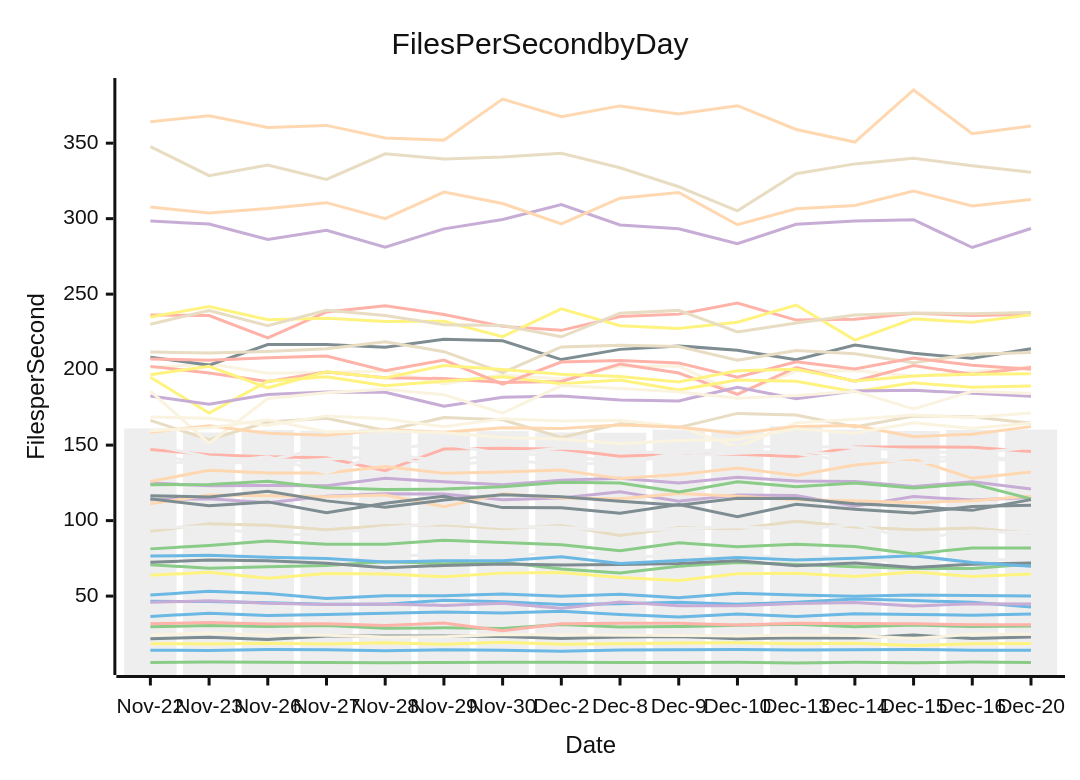
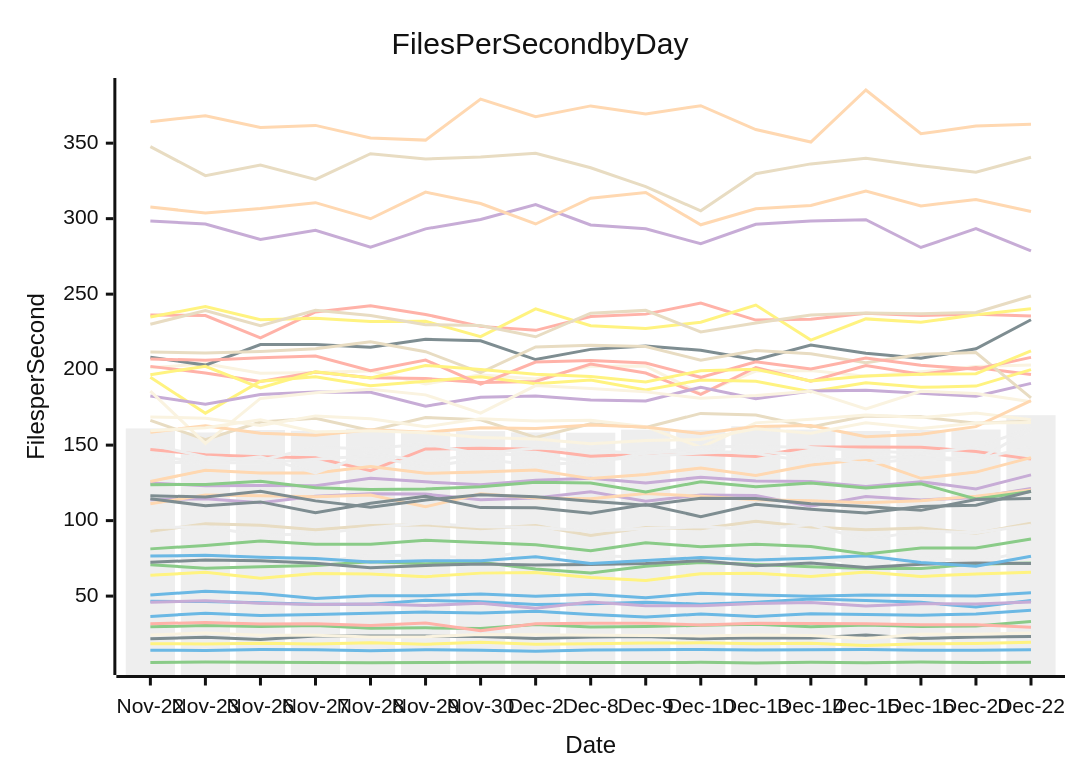
The diagram in perf-report.md (streetsidesoftware/cspell), drawn with Mermaid (neutral theme) before and after one commit. The commit also changed other lines of this file and 1 other file, not shown here.

````diff
--- a/perf-report.md
+++ b/perf-report.md
@@ -10,57 +10,57 @@
 ```mermaid
 xychart-beta
     title Files Per Second by Day
     y-axis Files per Second
-    x-axis Date [Nov-22, Nov-23, Nov-26, Nov-27, Nov-28, Nov-29, Nov-30, Dec-2, Dec-8, Dec-9, Dec-10, Dec-13, Dec-14, Dec-15, Dec-16, Dec-20]
-    bar [161.07, 158.38, 160.01, 159.51, 160.85, 158.58, 159.25, 158.41, 158.24, 160.26, 160.13, 162.46, 160.30, 159.32, 159.99, 160.32]
-    line [14.18, 13.95, 14.61, 14.49, 13.79, 14.45, 14.21, 13.55, 14.37, 14.53, 14.61, 14.25, 14.42, 14.66, 14.20, 14.14]
-    line [6.00, 6.29, 6.16, 6.03, 5.90, 6.01, 6.16, 6.12, 6.00, 6.03, 6.11, 5.69, 6.12, 5.85, 6.27, 5.94]
-    line [124.88, 123.12, 123.27, 123.12, 128.04, 125.68, 123.73, 126.68, 128.02, 124.91, 128.75, 126.25, 125.99, 122.54, 125.77, 120.95]
-    line [347.69, 328.52, 335.50, 325.97, 342.99, 339.55, 340.91, 343.35, 333.69, 321.17, 305.21, 329.78, 336.28, 339.96, 335.03, 330.81]
-    line [147.16, 143.68, 142.26, 141.63, 133.10, 147.45, 147.90, 147.19, 142.70, 144.08, 143.97, 142.44, 148.72, 148.74, 148.66, 145.81]
-    line [63.78, 65.76, 61.80, 64.96, 64.67, 62.90, 65.22, 65.65, 62.39, 60.36, 64.84, 65.11, 62.93, 65.98, 63.02, 64.70]
-    line [21.70, 22.82, 21.29, 23.51, 23.57, 23.50, 23.32, 21.90, 22.93, 23.26, 21.71, 22.48, 22.26, 24.16, 21.86, 22.99]
-    line [125.92, 133.37, 131.47, 131.60, 135.88, 131.34, 132.15, 133.58, 127.82, 130.48, 134.87, 129.94, 136.83, 140.59, 128.00, 132.13]
-    line [24.23, 25.56, 24.09, 24.00, 22.97, 23.09, 24.60, 24.46, 23.99, 23.97, 23.56, 24.27, 23.97, 21.89, 24.77, 24.75]
-    line [75.92, 76.91, 75.07, 72.02, 77.23, 76.76, 75.06, 80.27, 76.65, 75.94, 76.12, 76.57, 75.62, 71.86, 75.70, 72.52]
-    line [50.67, 53.20, 51.79, 48.42, 50.26, 50.21, 51.36, 49.95, 51.18, 48.94, 51.93, 50.78, 49.91, 50.66, 50.34, 50.02]
-    line [70.73, 68.53, 69.45, 70.29, 72.76, 71.50, 72.49, 68.01, 65.32, 69.78, 72.32, 70.99, 69.49, 68.20, 68.29, 71.18]
-    line [113.80, 114.46, 111.80, 116.19, 117.82, 117.56, 113.82, 115.04, 119.17, 112.82, 116.99, 116.61, 109.61, 115.93, 113.66, 115.36]
-    line [92.88, 97.96, 96.91, 93.91, 96.71, 97.20, 94.57, 96.80, 90.09, 95.39, 94.62, 99.56, 95.79, 93.99, 95.03, 91.66]
-    line [236.13, 235.78, 220.97, 238.24, 242.33, 236.55, 228.65, 226.03, 235.13, 236.77, 244.11, 232.83, 233.41, 237.39, 235.87, 236.73]
-    line [18.52, 18.27, 18.83, 18.32, 19.02, 18.13, 19.36, 18.09, 18.49, 18.92, 19.04, 18.41, 18.71, 17.35, 18.44, 18.66]
-    line [72.41, 73.90, 73.49, 71.80, 68.80, 70.33, 71.28, 70.66, 70.99, 71.64, 73.38, 70.10, 71.99, 68.96, 71.11, 72.00]
-    line [111.11, 117.00, 116.48, 115.76, 116.91, 109.21, 117.71, 115.04, 114.43, 117.93, 116.17, 113.85, 113.19, 111.86, 113.23, 116.22]
-    line [201.26, 203.88, 197.62, 198.09, 199.18, 190.53, 196.53, 193.86, 202.32, 202.37, 184.12, 199.02, 199.50, 195.58, 198.56, 202.04]
-    line [95.37, 95.97, 90.32, 91.22, 95.22, 98.38, 95.87, 95.57, 93.03, 94.71, 95.93, 94.05, 97.42, 87.40, 93.20, 92.02]
-    line [76.58, 77.00, 75.69, 74.97, 72.54, 73.38, 73.35, 76.02, 71.59, 73.55, 75.54, 73.95, 75.07, 76.77, 72.26, 69.84]
-    line [29.67, 30.46, 29.86, 30.48, 28.76, 28.98, 28.47, 31.13, 29.50, 29.81, 30.70, 31.34, 29.78, 30.86, 29.89, 30.20]
-    line [298.41, 296.48, 286.19, 292.24, 281.16, 293.25, 299.40, 309.39, 295.84, 293.27, 283.38, 296.25, 298.40, 299.27, 280.90, 293.45]
-    line [166.41, 153.59, 165.34, 167.76, 159.74, 168.29, 166.84, 155.06, 164.08, 161.66, 171.02, 169.99, 161.97, 169.28, 168.79, 164.45]
-    line [202.16, 197.78, 192.08, 198.49, 194.68, 194.09, 191.43, 192.21, 203.69, 197.75, 183.65, 201.42, 192.31, 202.71, 196.90, 201.49]
-    line [194.96, 171.19, 192.32, 195.34, 189.35, 192.30, 195.25, 190.71, 193.15, 186.55, 193.19, 192.23, 185.43, 191.26, 188.26, 189.10]
-    line [208.25, 203.01, 216.67, 216.64, 214.89, 220.14, 219.09, 206.67, 213.42, 215.72, 212.77, 206.57, 216.35, 210.81, 207.51, 213.81]
-    line [307.69, 303.77, 306.69, 310.59, 299.95, 317.57, 310.02, 296.47, 313.58, 317.30, 295.96, 306.54, 308.67, 318.29, 308.47, 312.68]
-    line [168.69, 167.81, 163.00, 169.37, 167.40, 162.13, 167.55, 165.94, 166.49, 162.27, 148.64, 164.74, 167.10, 169.90, 168.25, 171.20]
-    line [150.38, 142.14, 139.88, 148.61, 147.55, 150.86, 144.17, 148.12, 146.38, 144.41, 148.76, 149.26, 148.44, 146.25, 144.57, 148.51]
-    line [36.55, 38.70, 37.18, 37.74, 38.63, 39.45, 38.80, 39.93, 37.87, 36.13, 38.10, 36.47, 38.38, 37.81, 37.32, 38.13]
-    line [123.77, 123.92, 126.14, 121.82, 120.62, 120.89, 122.51, 125.41, 124.96, 118.90, 125.77, 122.50, 124.97, 121.63, 124.44, 114.40]
-    line [182.60, 177.02, 183.57, 185.12, 185.03, 175.76, 181.77, 182.47, 179.95, 179.31, 188.38, 180.77, 185.77, 186.35, 184.33, 182.33]
-    line [211.74, 210.99, 212.04, 213.89, 218.50, 211.90, 198.01, 215.07, 216.21, 215.29, 206.31, 212.61, 210.51, 204.56, 210.18, 211.34]
-    line [207.11, 206.14, 207.83, 208.99, 199.30, 206.34, 190.41, 205.06, 206.03, 204.37, 194.91, 205.14, 200.36, 207.64, 202.85, 200.31]
-    line [234.88, 241.77, 233.01, 234.04, 231.90, 232.03, 221.81, 240.23, 229.14, 227.27, 231.37, 242.80, 219.56, 233.62, 231.32, 236.32]
-    line [114.47, 109.88, 112.40, 105.21, 111.47, 116.12, 108.62, 108.44, 104.81, 110.68, 102.65, 110.81, 107.51, 105.11, 109.29, 110.23]
-    line [364.19, 368.22, 360.42, 361.78, 353.39, 352.03, 379.23, 367.49, 374.69, 369.34, 374.83, 359.05, 350.76, 385.22, 356.23, 361.41]
-    line [185.79, 151.12, 180.91, 184.73, 187.07, 183.30, 171.17, 189.43, 187.46, 185.27, 181.05, 182.93, 185.74, 173.94, 185.68, 184.19]
-    line [138.55, 138.37, 142.22, 131.52, 144.79, 139.07, 144.20, 143.55, 138.09, 144.82, 146.07, 144.49, 139.02, 141.78, 142.36, 140.50]
-    line [46.58, 46.39, 45.62, 44.62, 44.61, 47.22, 46.33, 44.42, 44.87, 45.90, 44.67, 46.00, 48.05, 47.07, 45.85, 42.75]
-    line [81.28, 83.53, 86.46, 84.38, 84.35, 87.05, 85.49, 84.05, 80.02, 85.30, 82.71, 84.32, 82.91, 77.95, 81.87, 81.89]
-    line [45.87, 46.91, 45.25, 44.50, 44.73, 43.85, 45.20, 42.00, 46.02, 43.67, 43.68, 45.02, 45.75, 43.43, 44.94, 44.85]
-    line [230.05, 239.20, 229.08, 239.26, 235.89, 229.81, 229.18, 221.75, 237.38, 239.25, 224.99, 230.85, 236.16, 237.46, 237.06, 237.81]
-    line [31.75, 32.47, 31.60, 31.68, 30.55, 32.17, 27.01, 31.76, 31.99, 31.99, 30.84, 32.08, 31.89, 31.67, 31.01, 31.00]
-    line [196.64, 202.22, 187.96, 198.52, 194.49, 202.79, 200.07, 197.01, 195.46, 191.88, 199.25, 200.18, 192.55, 195.85, 196.96, 197.31]
-    line [116.44, 115.65, 119.47, 113.07, 108.78, 113.61, 117.05, 115.87, 112.86, 110.11, 114.79, 114.58, 111.22, 109.33, 106.79, 113.91]
-    line [158.58, 162.75, 157.87, 156.54, 160.15, 158.52, 161.43, 161.03, 163.37, 162.01, 157.69, 162.41, 162.92, 155.61, 157.24, 162.25]
-    line [159.52, 161.45, 166.78, 158.69, 159.56, 158.17, 155.13, 153.99, 150.95, 152.99, 153.72, 160.91, 157.90, 164.74, 161.04, 164.69]
-    line [143.12, 138.28, 138.39, 140.67, 142.96, 135.37, 140.89, 136.51, 139.19, 142.56, 144.70, 146.06, 142.91, 137.61, 141.27, 139.39]
+    x-axis Date [Nov-22, Nov-23, Nov-26, Nov-27, Nov-28, Nov-29, Nov-30, Dec-2, Dec-8, Dec-9, Dec-10, Dec-13, Dec-14, Dec-15, Dec-16, Dec-20, Dec-22]
+    bar [161.07, 158.38, 160.01, 159.51, 160.85, 158.58, 159.25, 158.41, 158.24, 160.26, 160.13, 162.46, 160.30, 159.32, 159.99, 160.32, 169.82]
+    line [14.18, 13.95, 14.61, 14.49, 13.79, 14.45, 14.21, 13.55, 14.37, 14.53, 14.61, 14.25, 14.42, 14.66, 14.20, 14.14, 14.49]
+    line [6.00, 6.29, 6.16, 6.03, 5.90, 6.01, 6.16, 6.12, 6.00, 6.03, 6.11, 5.69, 6.12, 5.85, 6.27, 5.94, 6.25]
+    line [124.88, 123.12, 123.27, 123.12, 128.04, 125.68, 123.73, 126.68, 128.02, 124.91, 128.75, 126.25, 125.99, 122.54, 125.77, 120.95, 130.30]
+    line [347.69, 328.52, 335.50, 325.97, 342.99, 339.55, 340.91, 343.35, 333.69, 321.17, 305.21, 329.78, 336.28, 339.96, 335.03, 330.81, 340.69]
+    line [147.16, 143.68, 142.26, 141.63, 133.10, 147.45, 147.90, 147.19, 142.70, 144.08, 143.97, 142.44, 148.72, 148.74, 148.66, 145.81, 140.73]
+    line [63.78, 65.76, 61.80, 64.96, 64.67, 62.90, 65.22, 65.65, 62.39, 60.36, 64.84, 65.11, 62.93, 65.98, 63.02, 64.70, 65.82]
+    line [21.70, 22.82, 21.29, 23.51, 23.57, 23.50, 23.32, 21.90, 22.93, 23.26, 21.71, 22.48, 22.26, 24.16, 21.86, 22.99, 23.32]
+    line [125.92, 133.37, 131.47, 131.60, 135.88, 131.34, 132.15, 133.58, 127.82, 130.48, 134.87, 129.94, 136.83, 140.59, 128.00, 132.13, 141.73]
+    line [24.23, 25.56, 24.09, 24.00, 22.97, 23.09, 24.60, 24.46, 23.99, 23.97, 23.56, 24.27, 23.97, 21.89, 24.77, 24.75, 25.53]
+    line [75.92, 76.91, 75.07, 72.02, 77.23, 76.76, 75.06, 80.27, 76.65, 75.94, 76.12, 76.57, 75.62, 71.86, 75.70, 72.52, 80.18]
+    line [50.67, 53.20, 51.79, 48.42, 50.26, 50.21, 51.36, 49.95, 51.18, 48.94, 51.93, 50.78, 49.91, 50.66, 50.34, 50.02, 52.21]
+    line [70.73, 68.53, 69.45, 70.29, 72.76, 71.50, 72.49, 68.01, 65.32, 69.78, 72.32, 70.99, 69.49, 68.20, 68.29, 71.18, 71.99]
+    line [113.80, 114.46, 111.80, 116.19, 117.82, 117.56, 113.82, 115.04, 119.17, 112.82, 116.99, 116.61, 109.61, 115.93, 113.66, 115.36, 121.29]
+    line [92.88, 97.96, 96.91, 93.91, 96.71, 97.20, 94.57, 96.80, 90.09, 95.39, 94.62, 99.56, 95.79, 93.99, 95.03, 91.66, 98.29]
+    line [236.13, 235.78, 220.97, 238.24, 242.33, 236.55, 228.65, 226.03, 235.13, 236.77, 244.11, 232.83, 233.41, 237.39, 235.87, 236.73, 235.49]
+    line [18.52, 18.27, 18.83, 18.32, 19.02, 18.13, 19.36, 18.09, 18.49, 18.92, 19.04, 18.41, 18.71, 17.35, 18.44, 18.66, 19.41]
+    line [72.41, 73.90, 73.49, 71.80, 68.80, 70.33, 71.28, 70.66, 70.99, 71.64, 73.38, 70.10, 71.99, 68.96, 71.11, 72.00, 71.65]
+    line [111.11, 117.00, 116.48, 115.76, 116.91, 109.21, 117.71, 115.04, 114.43, 117.93, 116.17, 113.85, 113.19, 111.86, 113.23, 116.22, 120.27]
+    line [201.26, 203.88, 197.62, 198.09, 199.18, 190.53, 196.53, 193.86, 202.32, 202.37, 184.12, 199.02, 199.50, 195.58, 198.56, 202.04, 203.12]
+    line [95.37, 95.97, 90.32, 91.22, 95.22, 98.38, 95.87, 95.57, 93.03, 94.71, 95.93, 94.05, 97.42, 87.40, 93.20, 92.02, 96.90]
+    line [76.58, 77.00, 75.69, 74.97, 72.54, 73.38, 73.35, 76.02, 71.59, 73.55, 75.54, 73.95, 75.07, 76.77, 72.26, 69.84, 76.37]
+    line [29.67, 30.46, 29.86, 30.48, 28.76, 28.98, 28.47, 31.13, 29.50, 29.81, 30.70, 31.34, 29.78, 30.86, 29.89, 30.20, 33.23]
+    line [298.41, 296.48, 286.19, 292.24, 281.16, 293.25, 299.40, 309.39, 295.84, 293.27, 283.38, 296.25, 298.40, 299.27, 280.90, 293.45, 278.60]
+    line [166.41, 153.59, 165.34, 167.76, 159.74, 168.29, 166.84, 155.06, 164.08, 161.66, 171.02, 169.99, 161.97, 169.28, 168.79, 164.45, 165.78]
+    line [202.16, 197.78, 192.08, 198.49, 194.68, 194.09, 191.43, 192.21, 203.69, 197.75, 183.65, 201.42, 192.31, 202.71, 196.90, 201.49, 196.73]
+    line [194.96, 171.19, 192.32, 195.34, 189.35, 192.30, 195.25, 190.71, 193.15, 186.55, 193.19, 192.23, 185.43, 191.26, 188.26, 189.10, 200.03]
+    line [208.25, 203.01, 216.67, 216.64, 214.89, 220.14, 219.09, 206.67, 213.42, 215.72, 212.77, 206.57, 216.35, 210.81, 207.51, 213.81, 233.05]
+    line [307.69, 303.77, 306.69, 310.59, 299.95, 317.57, 310.02, 296.47, 313.58, 317.30, 295.96, 306.54, 308.67, 318.29, 308.47, 312.68, 304.71]
+    line [168.69, 167.81, 163.00, 169.37, 167.40, 162.13, 167.55, 165.94, 166.49, 162.27, 148.64, 164.74, 167.10, 169.90, 168.25, 171.20, 166.81]
+    line [150.38, 142.14, 139.88, 148.61, 147.55, 150.86, 144.17, 148.12, 146.38, 144.41, 148.76, 149.26, 148.44, 146.25, 144.57, 148.51, 161.19]
+    line [36.55, 38.70, 37.18, 37.74, 38.63, 39.45, 38.80, 39.93, 37.87, 36.13, 38.10, 36.47, 38.38, 37.81, 37.32, 38.13, 40.60]
+    line [123.77, 123.92, 126.14, 121.82, 120.62, 120.89, 122.51, 125.41, 124.96, 118.90, 125.77, 122.50, 124.97, 121.63, 124.44, 114.40, 119.23]
+    line [182.60, 177.02, 183.57, 185.12, 185.03, 175.76, 181.77, 182.47, 179.95, 179.31, 188.38, 180.77, 185.77, 186.35, 184.33, 182.33, 190.92]
+    line [211.74, 210.99, 212.04, 213.89, 218.50, 211.90, 198.01, 215.07, 216.21, 215.29, 206.31, 212.61, 210.51, 204.56, 210.18, 211.34, 181.31]
+    line [207.11, 206.14, 207.83, 208.99, 199.30, 206.34, 190.41, 205.06, 206.03, 204.37, 194.91, 205.14, 200.36, 207.64, 202.85, 200.31, 208.13]
+    line [234.88, 241.77, 233.01, 234.04, 231.90, 232.03, 221.81, 240.23, 229.14, 227.27, 231.37, 242.80, 219.56, 233.62, 231.32, 236.32, 240.27]
+    line [114.47, 109.88, 112.40, 105.21, 111.47, 116.12, 108.62, 108.44, 104.81, 110.68, 102.65, 110.81, 107.51, 105.11, 109.29, 110.23, 119.42]
+    line [364.19, 368.22, 360.42, 361.78, 353.39, 352.03, 379.23, 367.49, 374.69, 369.34, 374.83, 359.05, 350.76, 385.22, 356.23, 361.41, 362.61]
+    line [185.79, 151.12, 180.91, 184.73, 187.07, 183.30, 171.17, 189.43, 187.46, 185.27, 181.05, 182.93, 185.74, 173.94, 185.68, 184.19, 178.76]
+    line [138.55, 138.37, 142.22, 131.52, 144.79, 139.07, 144.20, 143.55, 138.09, 144.82, 146.07, 144.49, 139.02, 141.78, 142.36, 140.50, 148.85]
+    line [46.58, 46.39, 45.62, 44.62, 44.61, 47.22, 46.33, 44.42, 44.87, 45.90, 44.67, 46.00, 48.05, 47.07, 45.85, 42.75, 47.13]
+    line [81.28, 83.53, 86.46, 84.38, 84.35, 87.05, 85.49, 84.05, 80.02, 85.30, 82.71, 84.32, 82.91, 77.95, 81.87, 81.89, 87.87]
+    line [45.87, 46.91, 45.25, 44.50, 44.73, 43.85, 45.20, 42.00, 46.02, 43.67, 43.68, 45.02, 45.75, 43.43, 44.94, 44.85, 46.05]
+    line [230.05, 239.20, 229.08, 239.26, 235.89, 229.81, 229.18, 221.75, 237.38, 239.25, 224.99, 230.85, 236.16, 237.46, 237.06, 237.81, 248.75]
+    line [31.75, 32.47, 31.60, 31.68, 30.55, 32.17, 27.01, 31.76, 31.99, 31.99, 30.84, 32.08, 31.89, 31.67, 31.01, 31.00, 29.35]
+    line [196.64, 202.22, 187.96, 198.52, 194.49, 202.79, 200.07, 197.01, 195.46, 191.88, 199.25, 200.18, 192.55, 195.85, 196.96, 197.31, 212.42]
+    line [116.44, 115.65, 119.47, 113.07, 108.78, 113.61, 117.05, 115.87, 112.86, 110.11, 114.79, 114.58, 111.22, 109.33, 106.79, 113.91, 114.64]
+    line [158.58, 162.75, 157.87, 156.54, 160.15, 158.52, 161.43, 161.03, 163.37, 162.01, 157.69, 162.41, 162.92, 155.61, 157.24, 162.25, 179.54]
+    line [159.52, 161.45, 166.78, 158.69, 159.56, 158.17, 155.13, 153.99, 150.95, 152.99, 153.72, 160.91, 157.90, 164.74, 161.04, 164.69, 165.02]
+    line [143.12, 138.28, 138.39, 140.67, 142.96, 135.37, 140.89, 136.51, 139.19, 142.56, 144.70, 146.06, 142.91, 137.61, 141.27, 139.39, 160.71]
 ```
````
